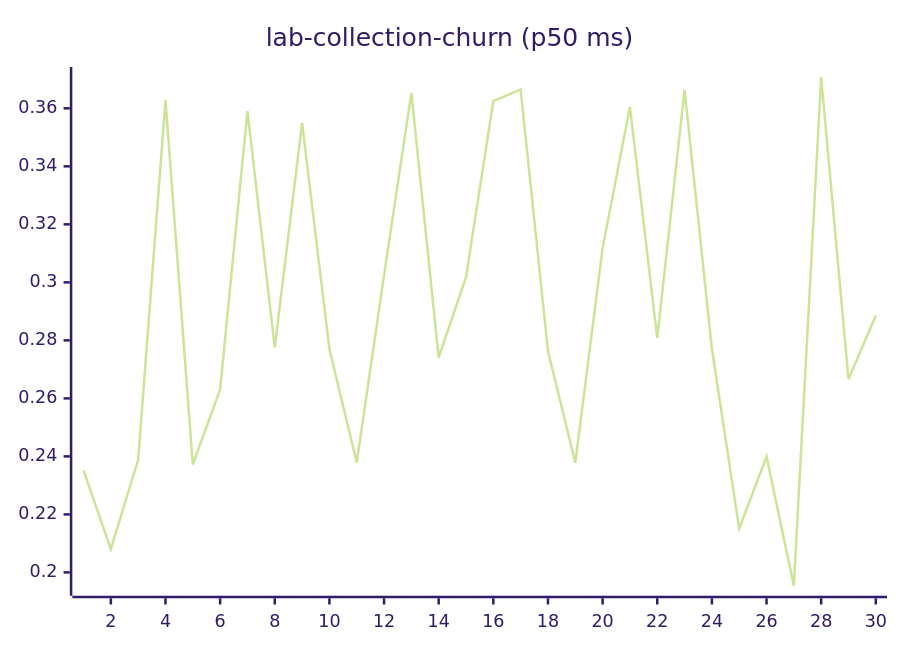
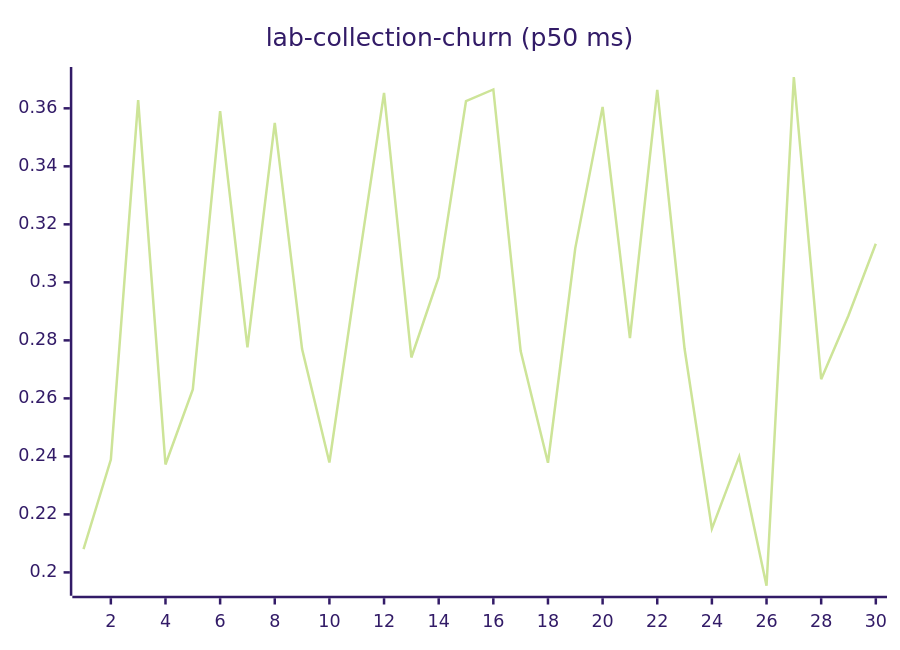
Before and after one commit to josha/Facet: diagram 11 of 27 in README.md, drawn with Mermaid (forest theme). The commit also changed other lines of this file and 2 other files, not shown here.

````diff
--- a/README.md
+++ b/README.md
@@ -133,6 +133,6 @@
 ```mermaid
 xychart-beta
     title "lab-collection-churn (p50 ms)"
     x-axis 1 --> 30
-    line [0.2352, 0.2080, 0.2389, 0.3628, 0.2372, 0.2631, 0.3590, 0.2776, 0.3550, 0.2770, 0.2379, 0.3024, 0.3653, 0.2741, 0.3018, 0.3625, 0.3665, 0.2763, 0.2378, 0.3118, 0.3605, 0.2808, 0.3664, 0.2771, 0.2151, 0.2399, 0.1954, 0.3708, 0.2666, 0.2886]
+    line [0.2080, 0.2389, 0.3628, 0.2372, 0.2631, 0.3590, 0.2776, 0.3550, 0.2770, 0.2379, 0.3024, 0.3653, 0.2741, 0.3018, 0.3625, 0.3665, 0.2763, 0.2378, 0.3118, 0.3605, 0.2808, 0.3664, 0.2771, 0.2151, 0.2399, 0.1954, 0.3708, 0.2666, 0.2886, 0.3133]
 ```
````
